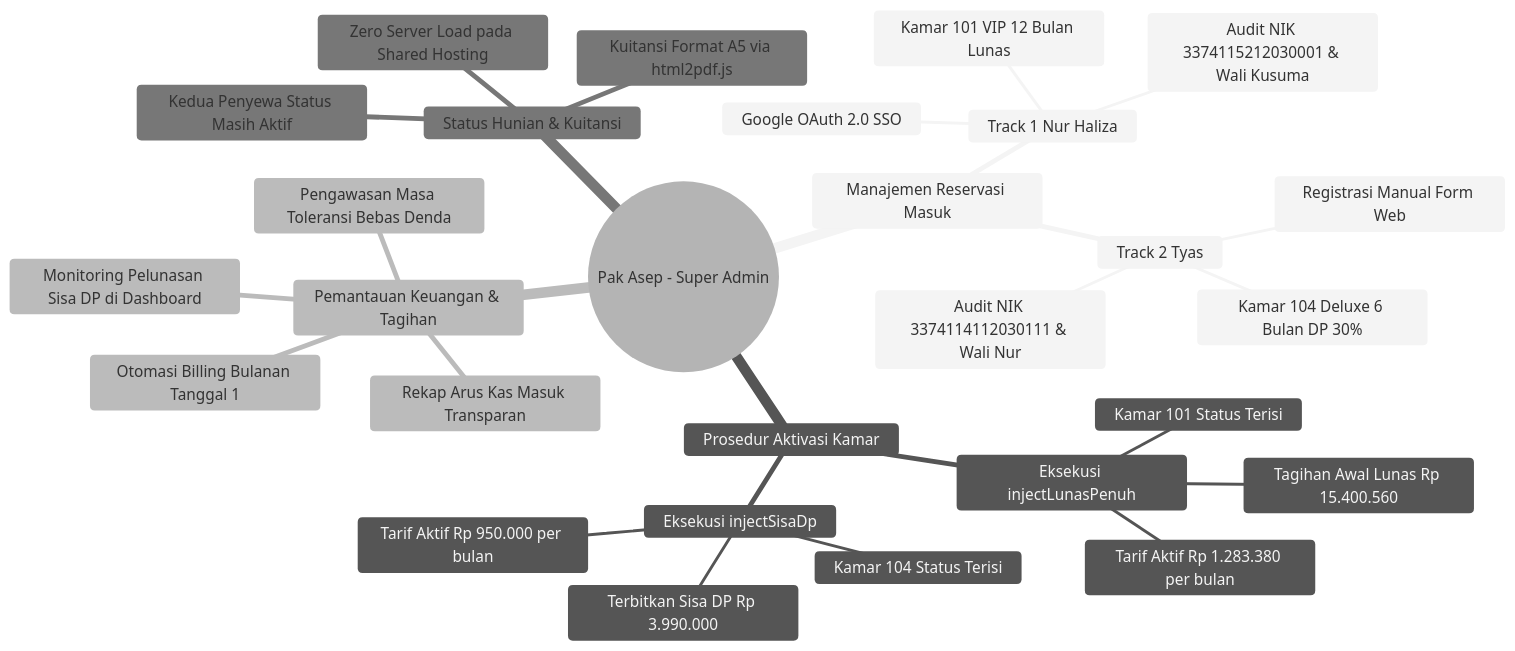
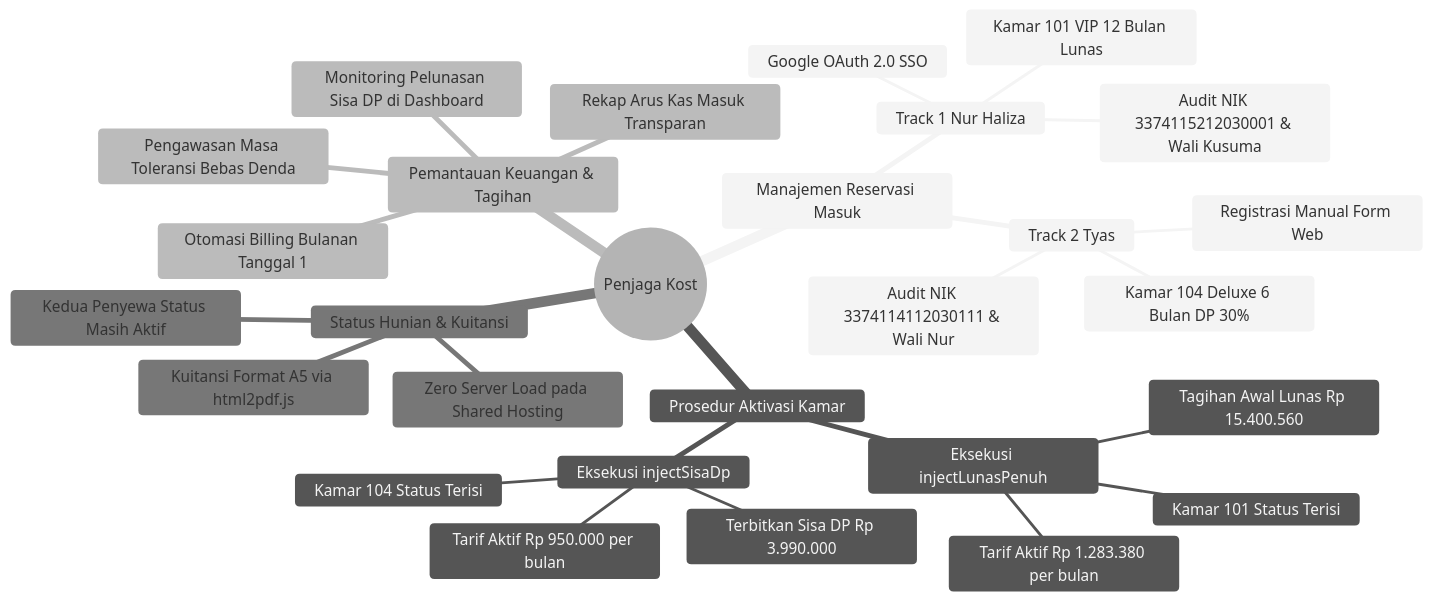
Before and after one commit to rafifarsyapradiva/asri-boarding-house: the diagram in Blueprint/Skenario/skenario_admin_mindmap_pengelolaan.mmd, drawn with Mermaid (neutral theme). The commit also changed 3 other files, not shown here.

Commit message:
docs(skripsi): ubah node pusat mindmap dan nama gambar menjadi Penjaga Kost

```diff
--- a/Blueprint/Skenario/skenario_admin_mindmap_pengelolaan.mmd
+++ b/Blueprint/Skenario/skenario_admin_mindmap_pengelolaan.mmd
@@ -1,29 +1,29 @@
 mindmap
-  root((Pak Asep - Super Admin))
+  root((Penjaga Kost))
     Manajemen Reservasi Masuk
       Track 1 Nur Haliza
         Google OAuth 2.0 SSO
         Kamar 101 VIP 12 Bulan Lunas
         Audit NIK 3374115212030001 & Wali Kusuma
       Track 2 Tyas
         Registrasi Manual Form Web
         Kamar 104 Deluxe 6 Bulan DP 30%
         Audit NIK 3374114112030111 & Wali Nur
     Prosedur Aktivasi Kamar
       Eksekusi injectLunasPenuh
         Kamar 101 Status Terisi
         Tagihan Awal Lunas Rp 15.400.560
         Tarif Aktif Rp 1.283.380 per bulan
       Eksekusi injectSisaDp
         Kamar 104 Status Terisi
         Terbitkan Sisa DP Rp 3.990.000
         Tarif Aktif Rp 950.000 per bulan
     Pemantauan Keuangan & Tagihan
       Monitoring Pelunasan Sisa DP di Dashboard
       Otomasi Billing Bulanan Tanggal 1
       Pengawasan Masa Toleransi Bebas Denda
       Rekap Arus Kas Masuk Transparan
     Status Hunian & Kuitansi
       Kedua Penyewa Status Masih Aktif
       Kuitansi Format A5 via html2pdf.js
       Zero Server Load pada Shared Hosting
```
